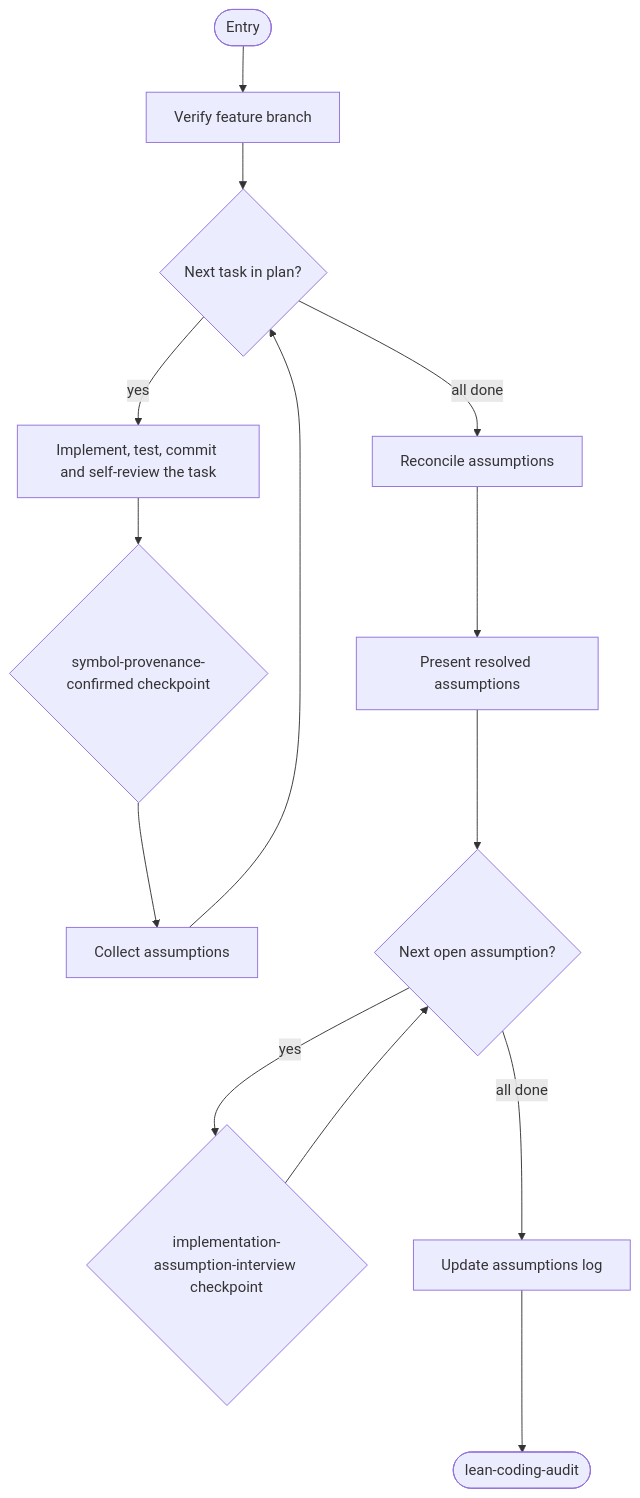
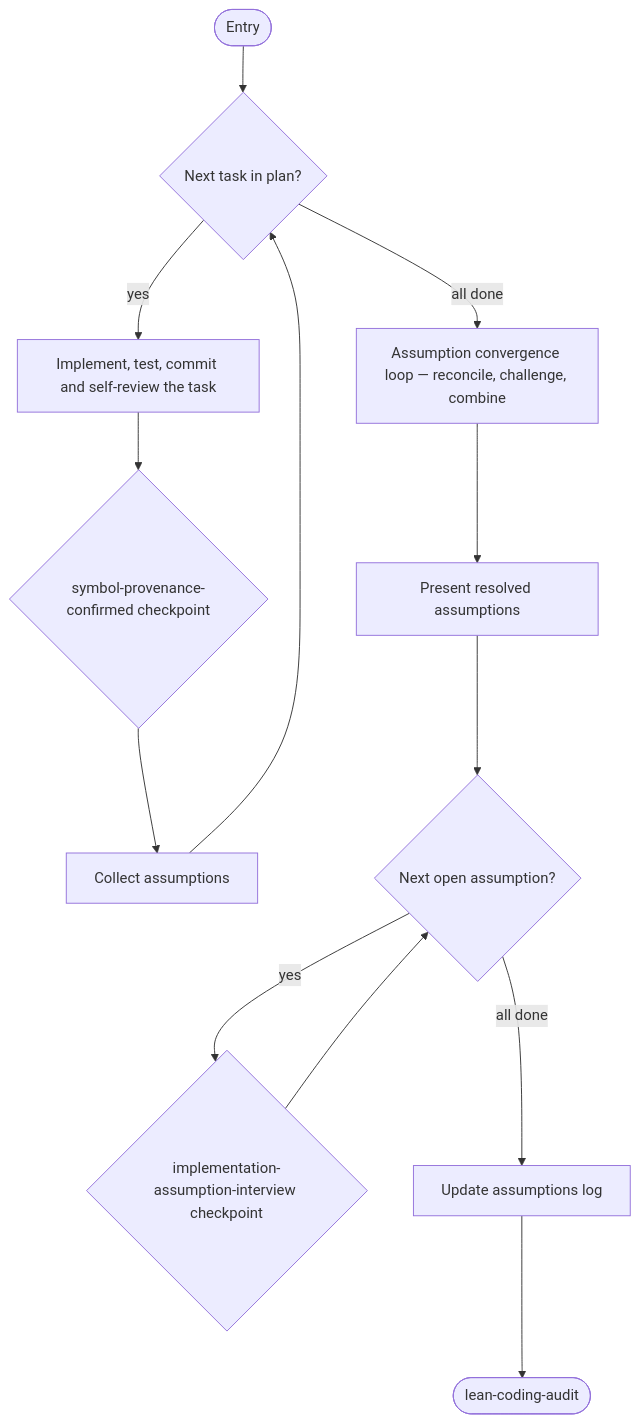
The ninth of 15 diagrams in work-package/activities/README.md (m2ux/workflow-server), drawn with Mermaid before and after one commit. The commit also changed other lines of this file and 1 other file, not shown here.

First line of the commit message:
Draw the workflow and activity diagrams from the binds

````diff
--- a/work-package/activities/README.md
+++ b/work-package/activities/README.md
@@ -231,17 +237,16 @@
 ```mermaid
 graph TD
-    entryNode(["Entry"]) --> verifyBranch["Verify feature branch"]
-    verifyBranch --> nextTask{"Next task in plan?"}
+    entryNode(["Entry"]) --> nextTask{"Next task in plan?"}
     nextTask -->|"yes"| implementTask["Implement, test, commit and self-review the task"]
     implementTask --> cpSymbol{"symbol-provenance-confirmed checkpoint"}
     cpSymbol --> collectAssumptions["Collect assumptions"]
     collectAssumptions --> nextTask
 
-    nextTask -->|"all done"| reconcile["Reconcile assumptions"]
-    reconcile --> presentResolved["Present resolved assumptions"]
+    nextTask -->|"all done"| converge["Assumption convergence loop — reconcile, challenge, combine"]
+    converge --> presentResolved["Present resolved assumptions"]
     presentResolved --> interviewLoop{"Next open assumption?"}
     interviewLoop -->|"yes"| cpInterview{"implementation-assumption-interview checkpoint"}
     cpInterview --> interviewLoop
     interviewLoop -->|"all done"| updateLog["Update assumptions log"]
     updateLog --> exitNode(["lean-coding-audit"])
 ```
````
